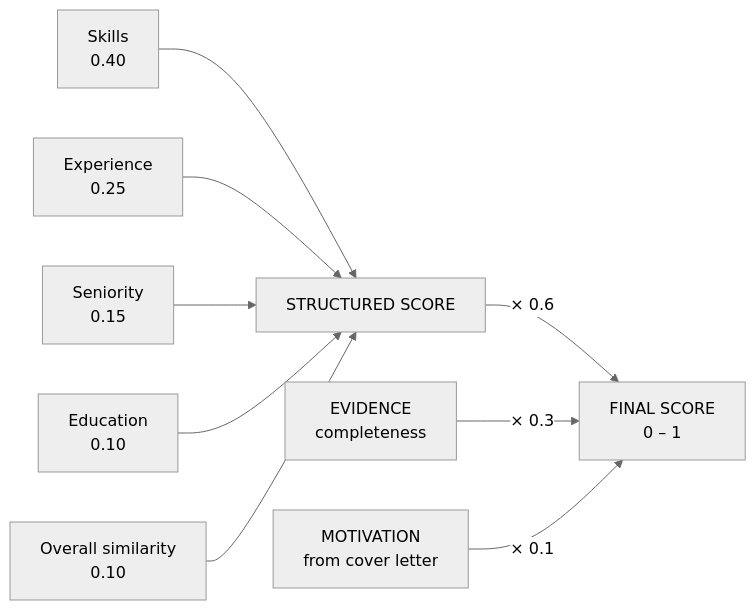
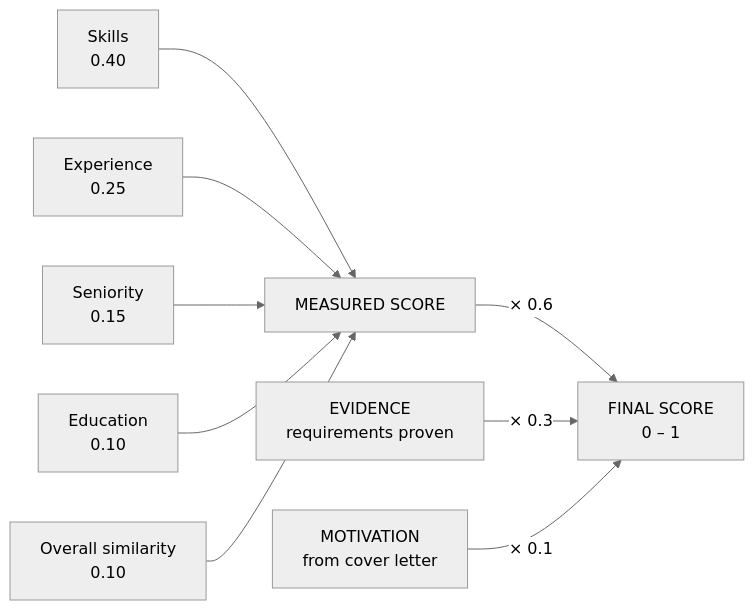
Before and after one commit to humanaxiom/recruiter-assistant: the second of 2 diagrams in docs/process/ranking-metrics-explainer.md, drawn with Mermaid (neutral theme). The commit also changed other lines of this file and 1 other file, not shown here.

````diff
--- a/docs/process/ranking-metrics-explainer.md
+++ b/docs/process/ranking-metrics-explainer.md
@@ -251,12 +161,12 @@
 ```mermaid
 flowchart LR
   SK["Skills<br/>0.40"] --> STR
   EX["Experience<br/>0.25"] --> STR
   SN["Seniority<br/>0.15"] --> STR
   ED["Education<br/>0.10"] --> STR
   VC["Overall similarity<br/>0.10"] --> STR
-  STR["STRUCTURED SCORE"] -->|"× 0.6"| FIN
-  EV["EVIDENCE<br/>completeness"] -->|"× 0.3"| FIN
+  STR["MEASURED SCORE"] -->|"× 0.6"| FIN
+  EV["EVIDENCE<br/>requirements proven"] -->|"× 0.3"| FIN
   MO["MOTIVATION<br/>from cover letter"] -->|"× 0.1"| FIN
   FIN["FINAL SCORE<br/>0 – 1"]
 ```
````
